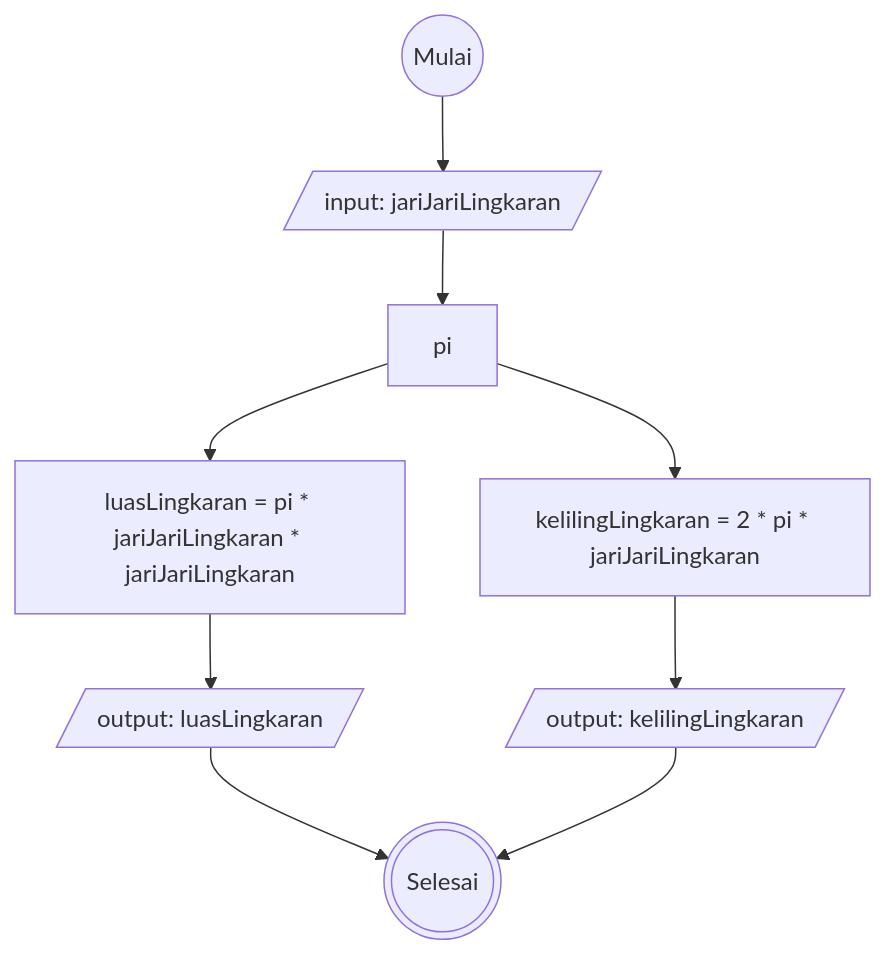
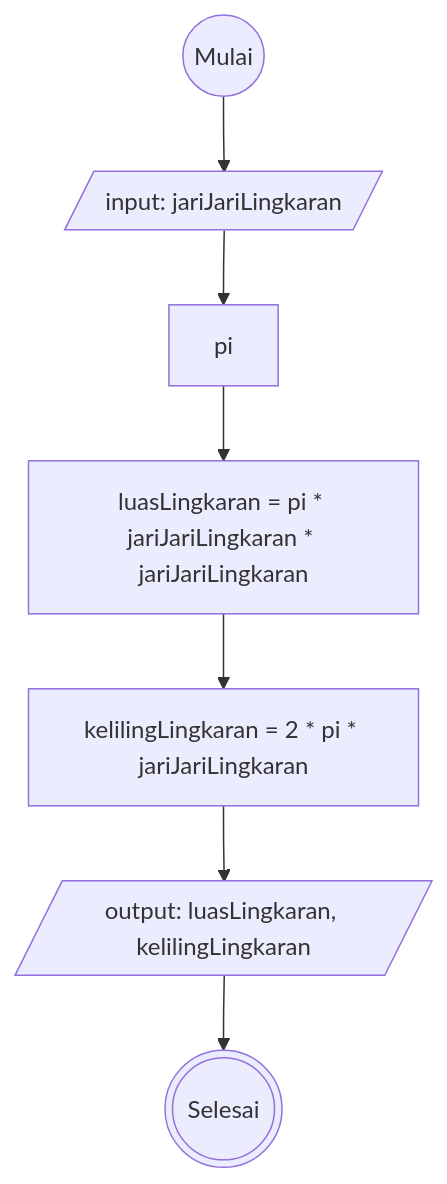
Before and after one commit to Arif14377/koda-b6-javascript1: the diagram in README.md, drawn with Mermaid.

````diff
--- a/README.md
+++ b/README.md
@@ -5,20 +5,17 @@
 ```mermaid
 flowchart TD
 start@{shape: circle, label: "Mulai"}
 input-r@{shape: lean-r, label: "input: jariJariLingkaran"}
 pi@{shape: rect, label: "pi"}
 hitungLuas@{shape: rect, label: "luasLingkaran = pi * jariJariLingkaran * jariJariLingkaran"}
 hitungKeliling@{shape: rect, label: "kelilingLingkaran = 2 * pi * jariJariLingkaran"}
-outputLuas@{shape: lean-r, label: "output: luasLingkaran"}
-outputKeliling@{shape: lean-r, label: "output: kelilingLingkaran"}
+output@{shape: lean-r, label: "output: luasLingkaran, kelilingLingkaran"}
 stop@{shape: dbl-circ, label: "Selesai"}
 
 start --> input-r
 input-r-->pi
 pi-->hitungLuas
-pi-->hitungKeliling
-hitungLuas-->outputLuas
-hitungKeliling-->outputKeliling
-outputLuas-->stop
-outputKeliling-->stop
+hitungLuas-->hitungKeliling
+hitungKeliling-->output
+output-->stop
 ```
````
